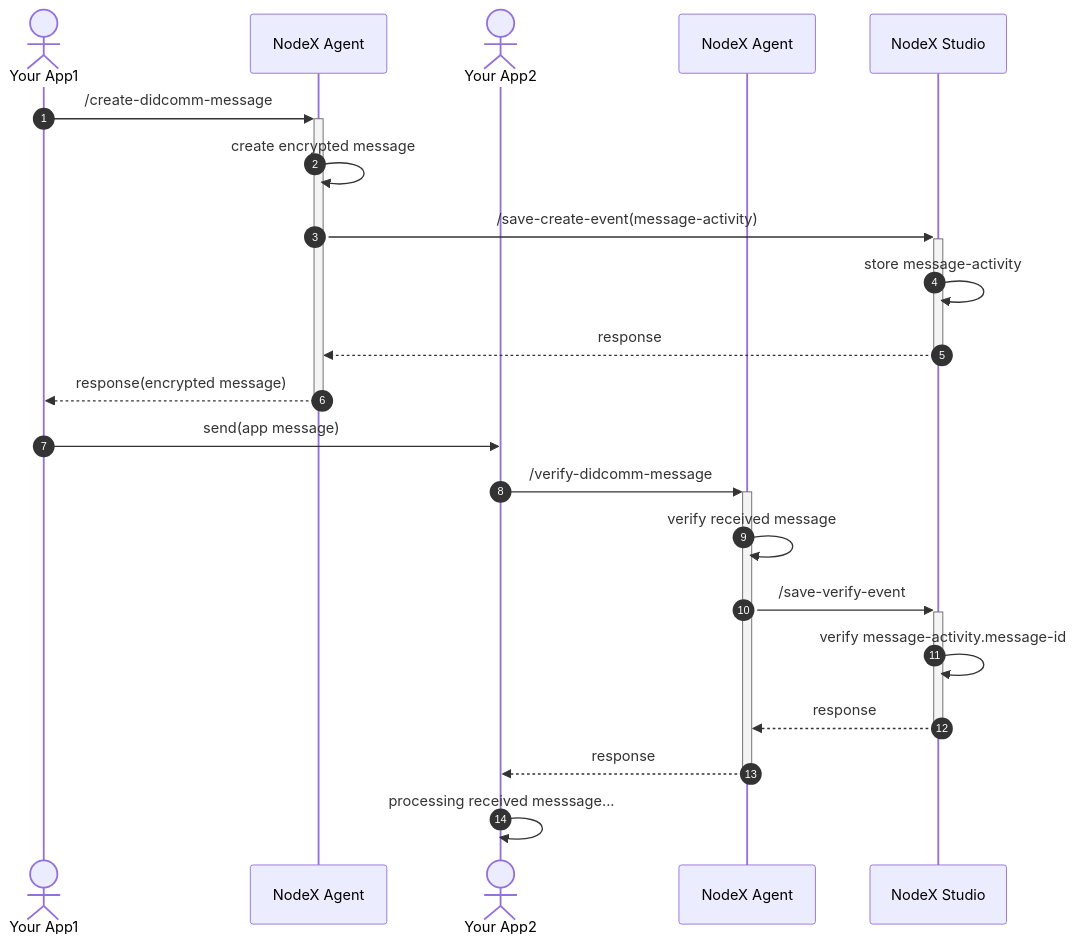
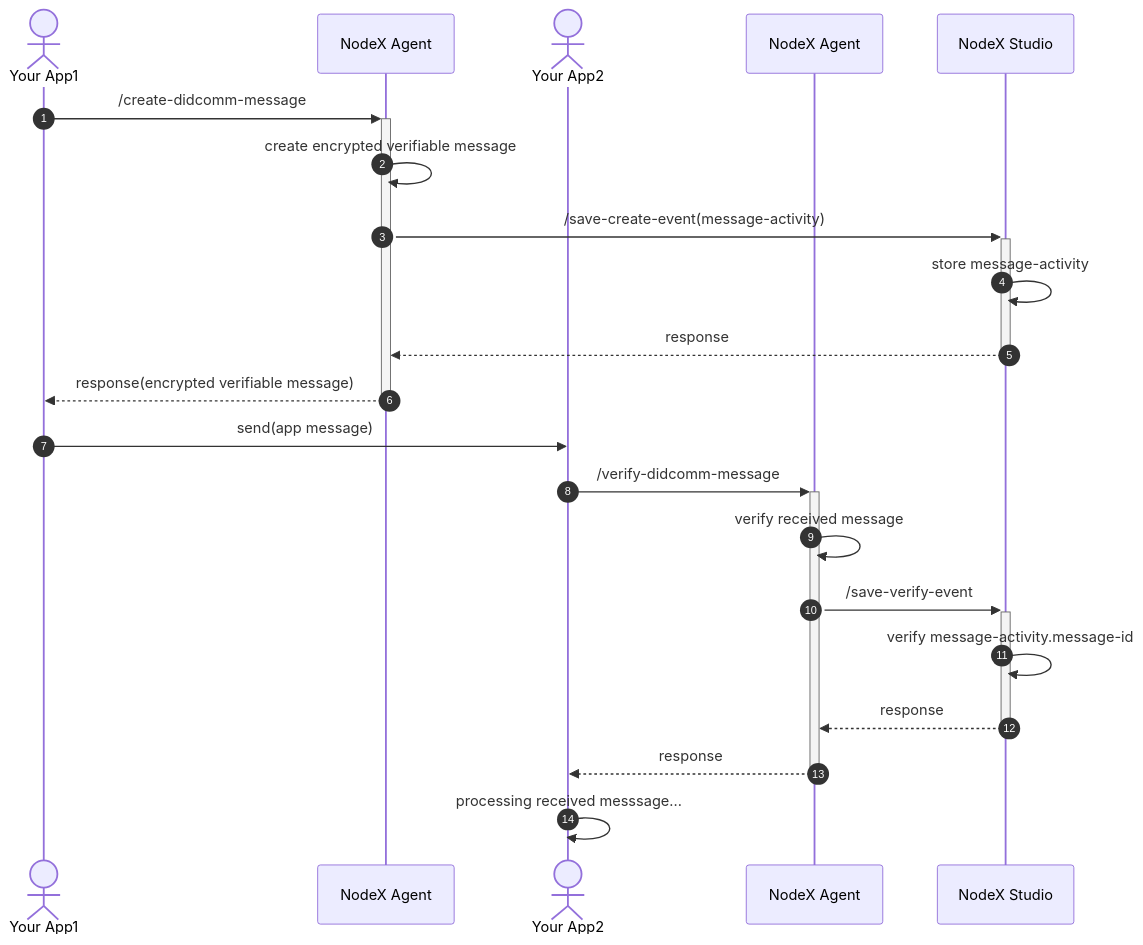
The second of 2 diagrams in source/concepts/30-message-sequence.md (nodecross/nodex-docs), drawn with Mermaid before and after one commit. The commit also changed other lines of this file, not shown here.

````diff
--- a/source/concepts/30-message-sequence.md
+++ b/source/concepts/30-message-sequence.md
@@ -48,26 +48,26 @@
 ```{mermaid}
 sequenceDiagram
   autonumber
   actor app1 as Your App1
   participant agent1 as NodeX Agent
 	actor app2 as Your App2
   participant agent2 as NodeX Agent
 	participant studio as NodeX Studio
   
 	app1->>+agent1: /create-didcomm-message
-	agent1->>agent1: create encrypted message
+	agent1->>agent1: create encrypted verifiable message
 	agent1->>+studio: /save-create-event(message-activity)
 	studio->>studio: store message-activity
 	studio-->>-agent1: response
-	agent1-->>-app1: response(encrypted message)
+	agent1-->>-app1: response(encrypted verifiable message)
 
   app1->>app2: send(app message)
 	app2->>+agent2: /verify-didcomm-message
 	agent2->>agent2: verify received message
 	agent2->>+studio: /save-verify-event
 	studio->>studio: verify message-activity.message-id
 	studio-->>-agent2: response
 	agent2-->>-app2: response
 	app2->>app2: processing received messsage...
 
 ```
````
